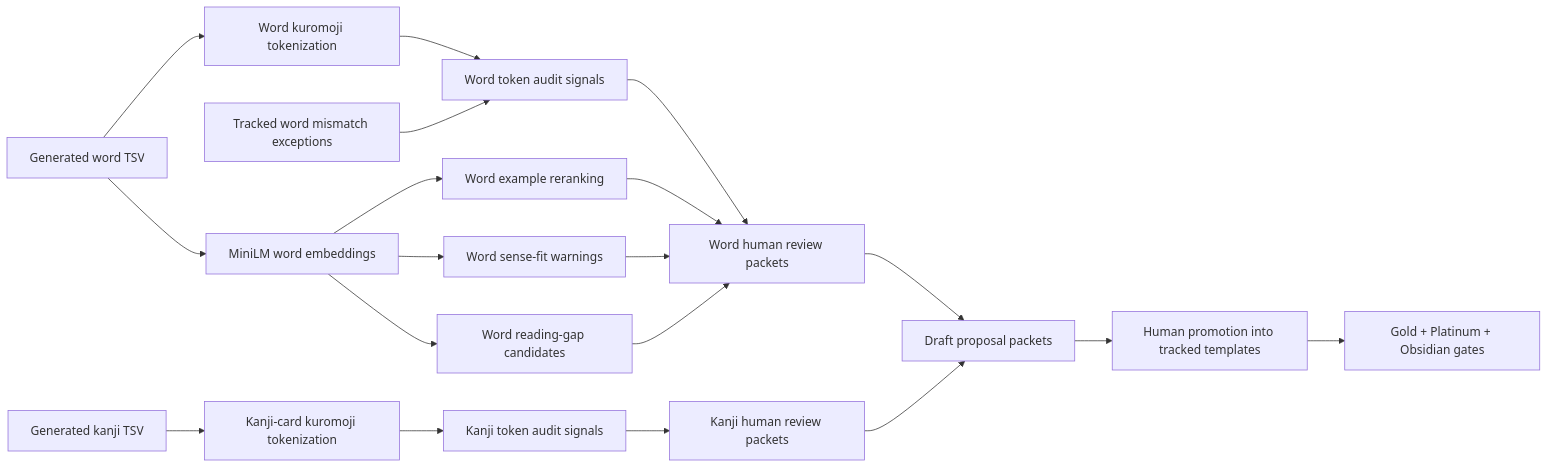
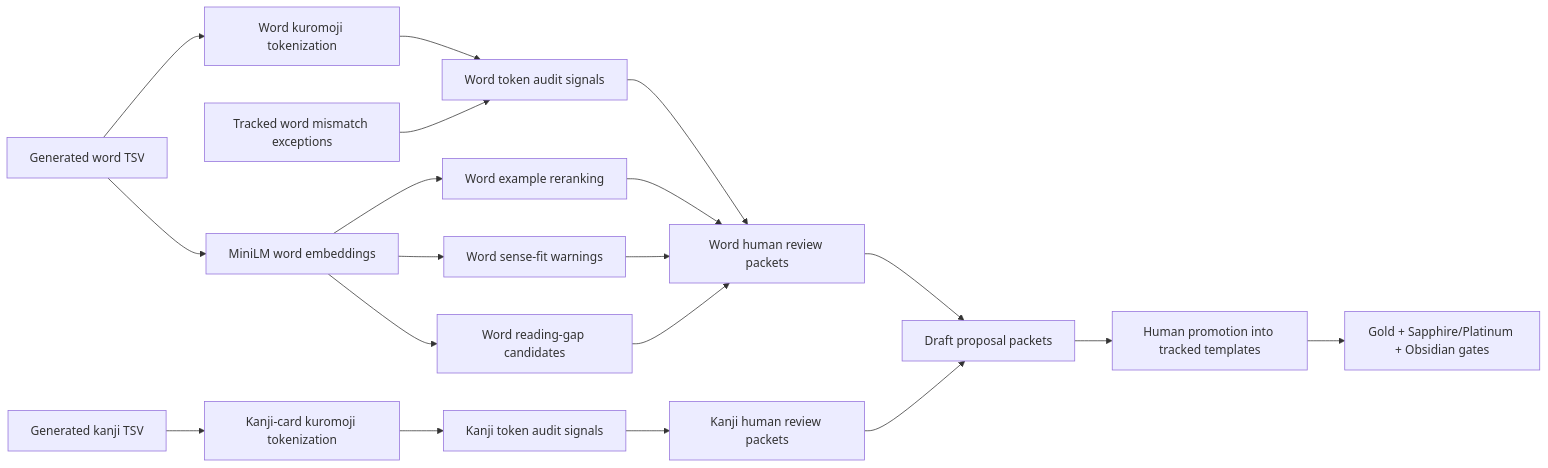
Before and after one commit to JeremiahM18/japanese-kanji-anki-builder: the second of 2 diagrams in README.md, drawn with Mermaid. The commit also changed other lines of this file and 19 other files, not shown here.

````diff
--- a/README.md
+++ b/README.md
@@ -346,21 +350,21 @@
 ```mermaid
 flowchart LR
     A["Generated word TSV"] --> B["Word kuromoji tokenization"]
     A --> C["MiniLM word embeddings"]
     B --> D["Word token audit signals"]
     P["Tracked word mismatch exceptions"] --> D
     C --> E["Word example reranking"]
     C --> F["Word sense-fit warnings"]
     C --> G["Word reading-gap candidates"]
     D --> H["Word human review packets"]
     E --> H
     F --> H
     G --> H
     K["Generated kanji TSV"] --> L["Kanji-card kuromoji tokenization"]
     L --> M["Kanji token audit signals"]
     M --> N["Kanji human review packets"]
     H --> I["Draft proposal packets"]
     N --> I
     I --> J["Human promotion into tracked templates"]
-    J --> O["Gold + Platinum + Obsidian gates"]
+    J --> O["Gold + Sapphire/Platinum + Obsidian gates"]
 ```
````
